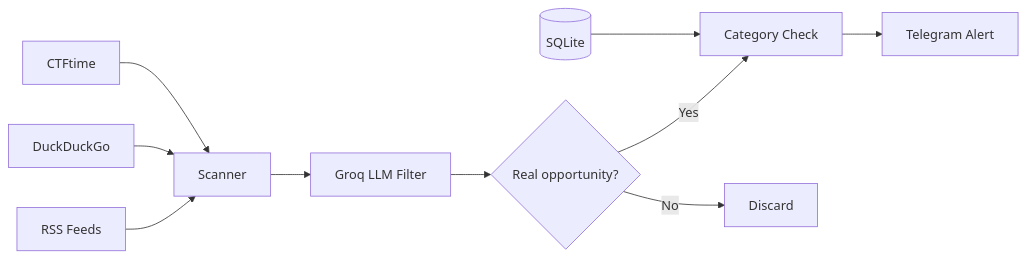
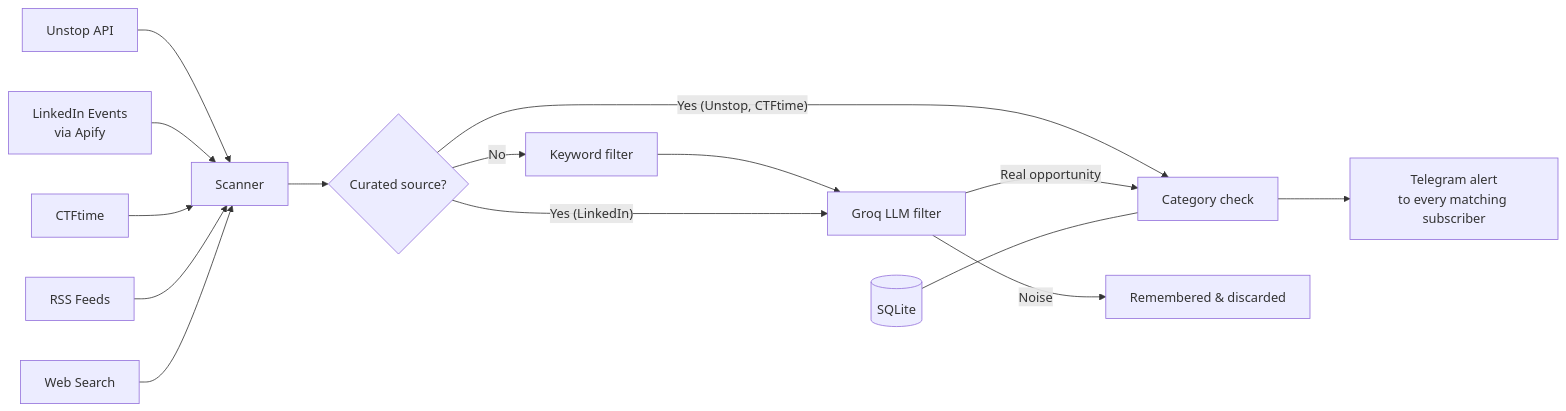
The diagram in README.md (Dreadonyx/snipe), drawn with Mermaid before and after one commit. The commit also changed other lines of this file and 26 other files, not shown here.

````diff
--- a/README.md
+++ b/README.md
@@ -9,12 +11,16 @@
 ```mermaid
 graph LR
-    A[RSS Feeds] --> D[Scanner]
-    B[DuckDuckGo] --> D
+    U[Unstop API] --> D[Scanner]
+    L[LinkedIn Events<br/>via Apify] --> D
     C[CTFtime] --> D
-    D --> E[Groq LLM Filter]
-    E --> F{Real opportunity?}
-    F -- Yes --> G[Category Check]
-    G --> H[Telegram Alert]
-    F -- No --> I[Discard]
-    J[(SQLite)] --> G
+    A[RSS Feeds] --> D
+    B[Web Search] --> D
+    D --> K{Curated source?}
+    K -- No --> KW[Keyword filter] --> E[Groq LLM filter]
+    K -- "Yes (LinkedIn)" --> E
+    K -- "Yes (Unstop, CTFtime)" --> G
+    E -- Real opportunity --> G[Category check]
+    E -- Noise --> I[Remembered & discarded]
+    G --> H[Telegram alert<br/>to every matching subscriber]
+    J[(SQLite)] --- G
 ```
````
